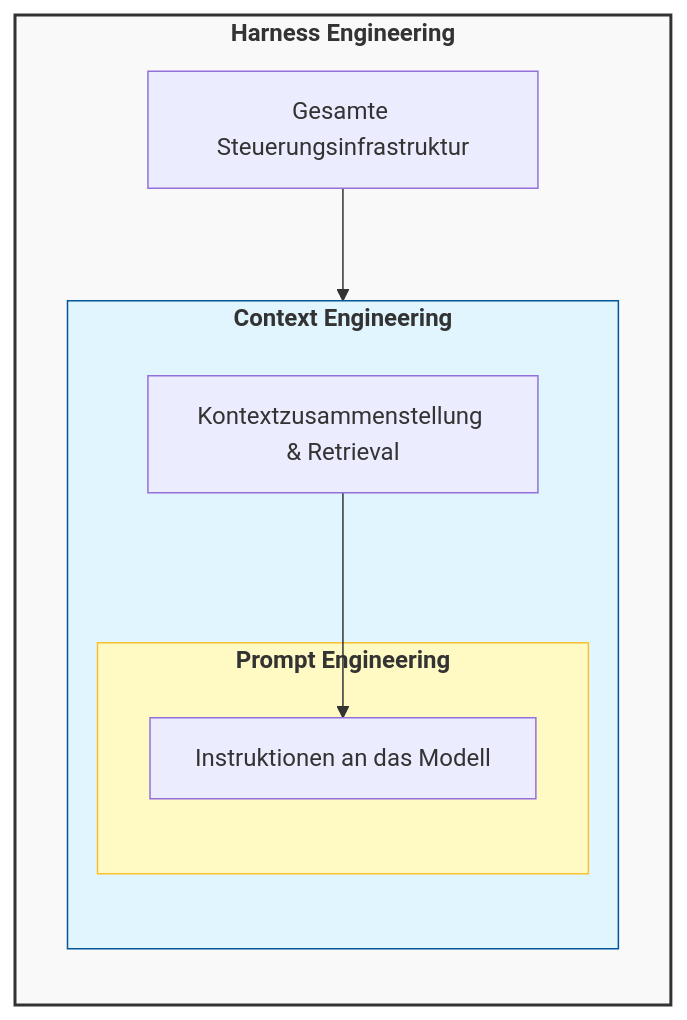
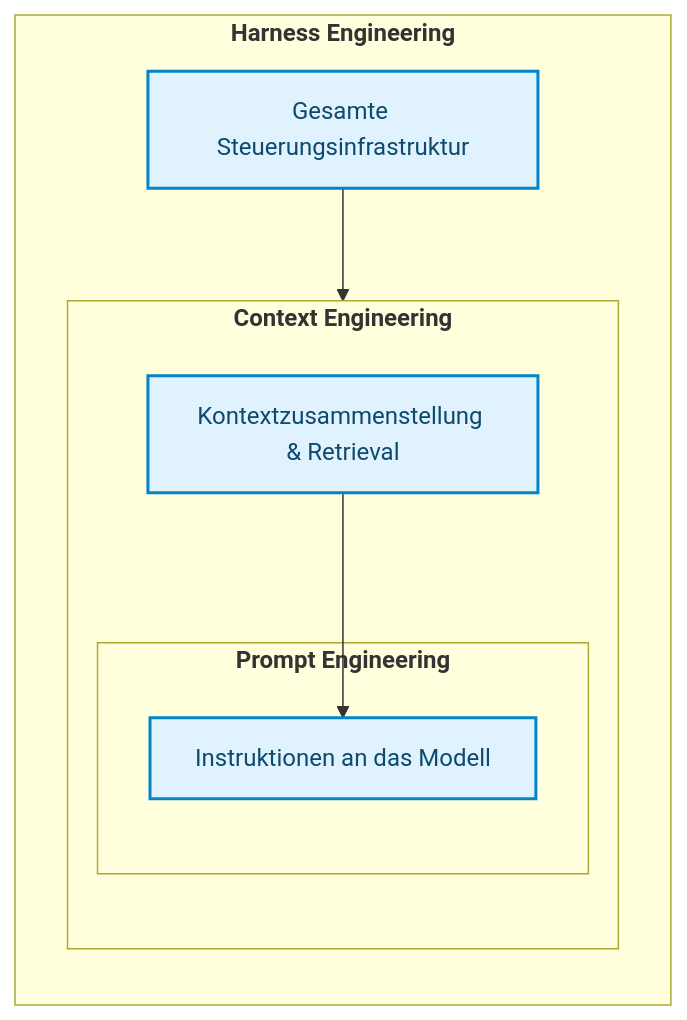
Before and after one commit to ralf-42/Agenten: the ninth of 9 diagrams in docs/04-agenten-implementierung/entwurf/agent-architekturen.md, drawn with Mermaid. The commit also changed 15 other files, not shown here.

````diff
--- a/docs/04-agenten-implementierung/entwurf/agent-architekturen.md
+++ b/docs/04-agenten-implementierung/entwurf/agent-architekturen.md
@@ -343,24 +343,22 @@
 ```mermaid
 flowchart TB
     subgraph Harness ["<b>Harness Engineering</b>"]
         direction TB
         H_Info["Gesamte Steuerungsinfrastruktur"]
         
         subgraph Context ["<b>Context Engineering</b>"]
             direction TB
             C_Info["Kontextzusammenstellung & Retrieval"]
             
             subgraph Prompt ["<b>Prompt Engineering</b>"]
                 P_Info["Instruktionen an das Modell"]
             end
             
             C_Info --> P_Info
         end
         
         H_Info --> C_Info
     end
 
-    style Harness fill:#f9f9f9,stroke:#333,stroke-width:2px
-    style Context fill:#e1f5fe,stroke:#01579b
-    style Prompt fill:#fff9c4,stroke:#fbc02d
+    classDef default fill:#e0f2fe,stroke:#0284c7,stroke-width:2px,color:#0c4a6e;
 ```
````
